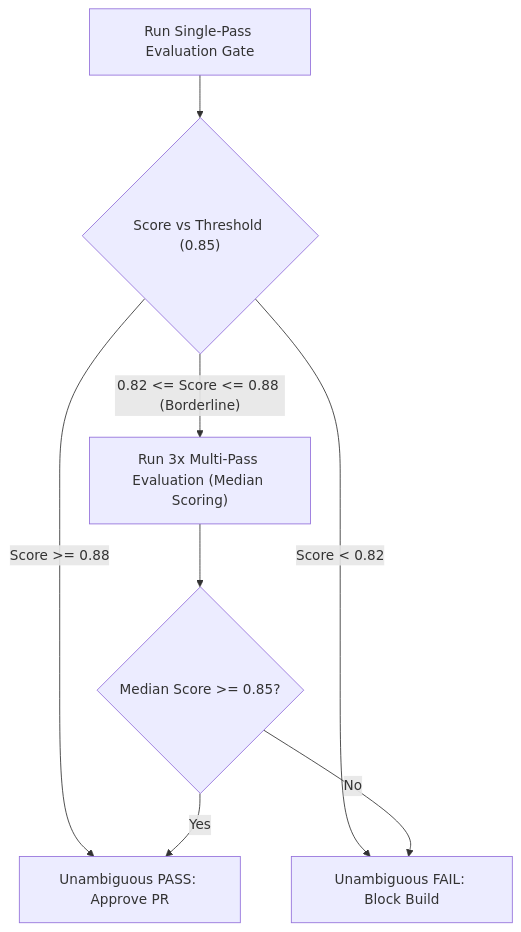
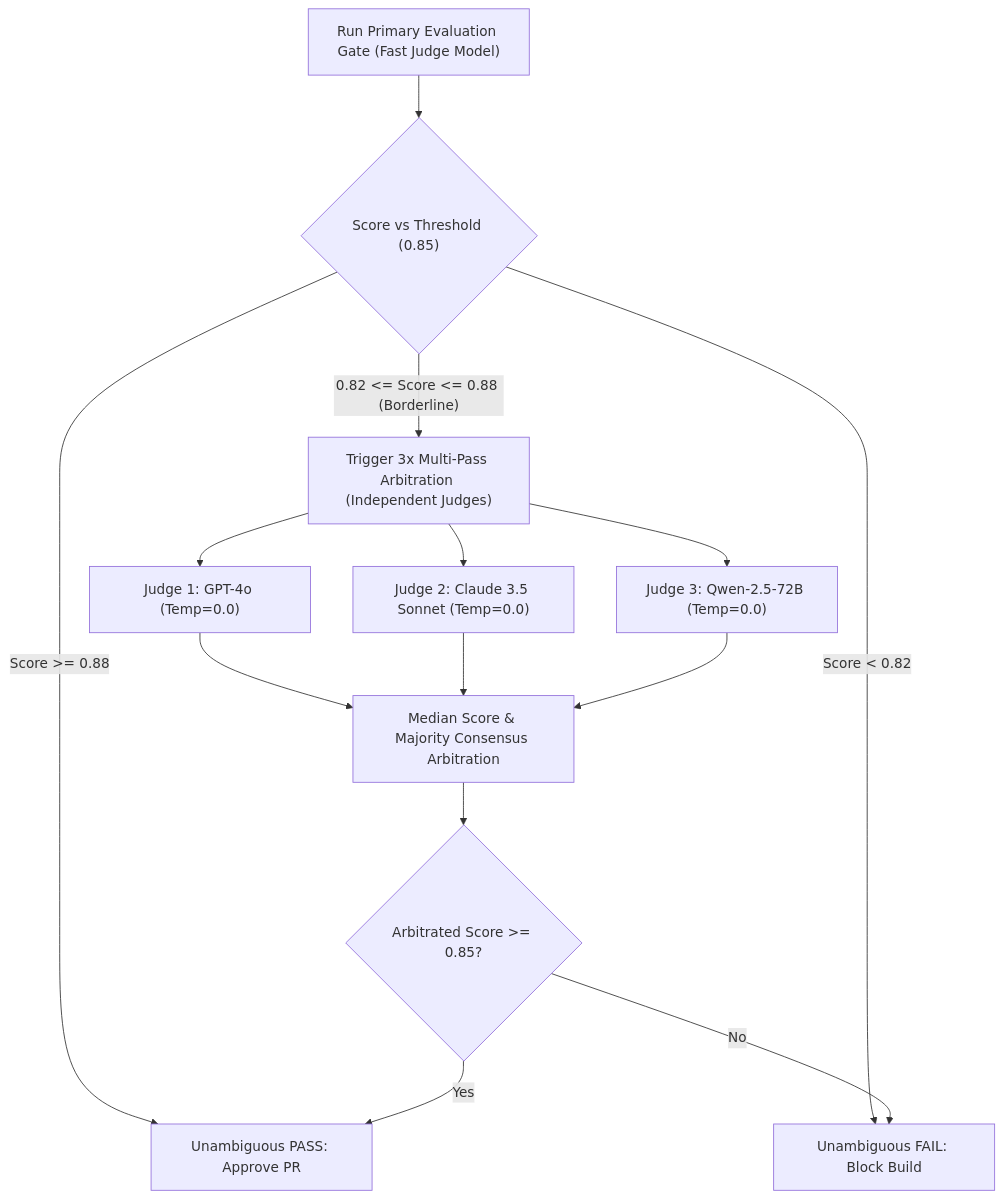
The second of 2 diagrams in content/series/ai-data-engineering-pipeline/part-10-production-evals-cicd.md (vesviet/vesviet), drawn with Mermaid before and after one commit. The commit also changed other lines of this file and 67 other files, not shown here.

````diff
--- a/content/series/ai-data-engineering-pipeline/part-10-production-evals-cicd.md
+++ b/content/series/ai-data-engineering-pipeline/part-10-production-evals-cicd.md
@@ -75,12 +117,20 @@
 ```mermaid
 flowchart TD
-    StartEval["Run Single-Pass Evaluation Gate"] --> CheckScore{"Score vs Threshold (0.85)"}
+    StartEval["Run Primary Evaluation Gate (Fast Judge Model)"] --> CheckScore{"Score vs Threshold (0.85)"}
     
     CheckScore -->|"Score >= 0.88"| ClearPass["Unambiguous PASS: Approve PR"]
     CheckScore -->|"Score < 0.82"| ClearFail["Unambiguous FAIL: Block Build"]
-    CheckScore -->|"0.82 <= Score <= 0.88 (Borderline)"| MultiPass["Run 3x Multi-Pass Evaluation (Median Scoring)"]
+    CheckScore -->|"0.82 <= Score <= 0.88 (Borderline)"| MultiPass["Trigger 3x Multi-Pass Arbitration (Independent Judges)"]
 
-    MultiPass --> MedianCheck{"Median Score >= 0.85?"}
-    MedianCheck -->|"Yes"| ClearPass
-    MedianCheck -->|"No"| ClearFail
+    MultiPass --> J1["Judge 1: GPT-4o (Temp=0.0)"]
+    MultiPass --> J2["Judge 2: Claude 3.5 Sonnet (Temp=0.0)"]
+    MultiPass --> J3["Judge 3: Qwen-2.5-72B (Temp=0.0)"]
+
+    J1 --> MajorityVoting["Median Score & Majority Consensus Arbitration"]
+    J2 --> MajorityVoting
+    J3 --> MajorityVoting
+
+    MajorityVoting --> FinalDecision{"Arbitrated Score >= 0.85?"}
+    FinalDecision -->|"Yes"| ClearPass
+    FinalDecision -->|"No"| ClearFail
 ```
````
